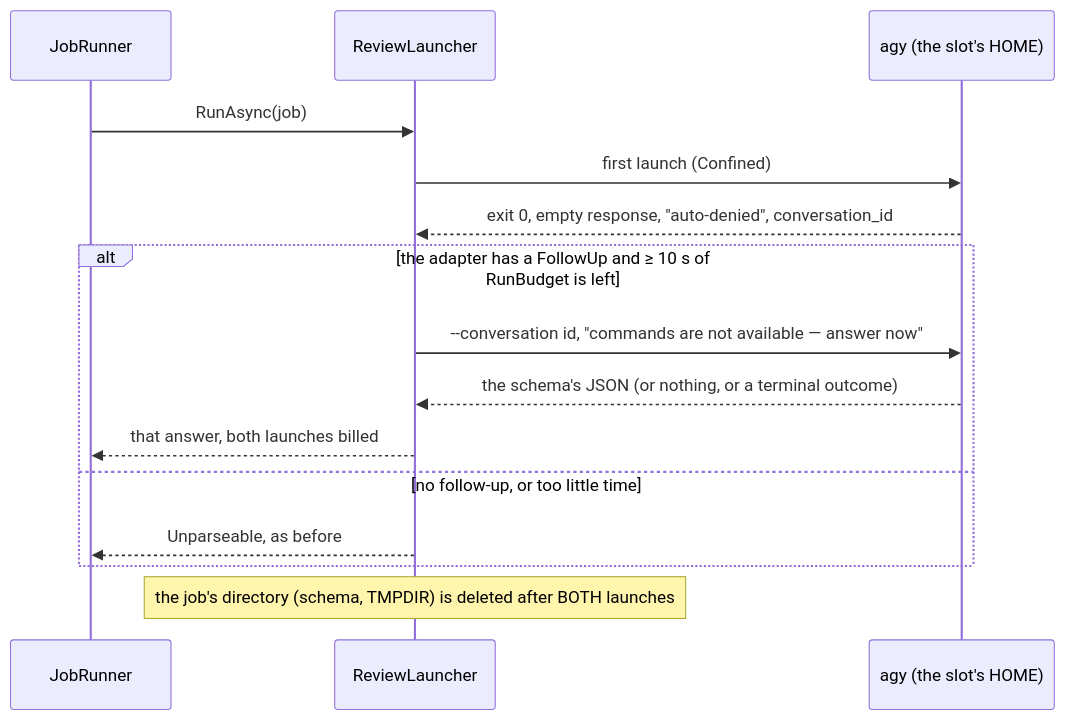
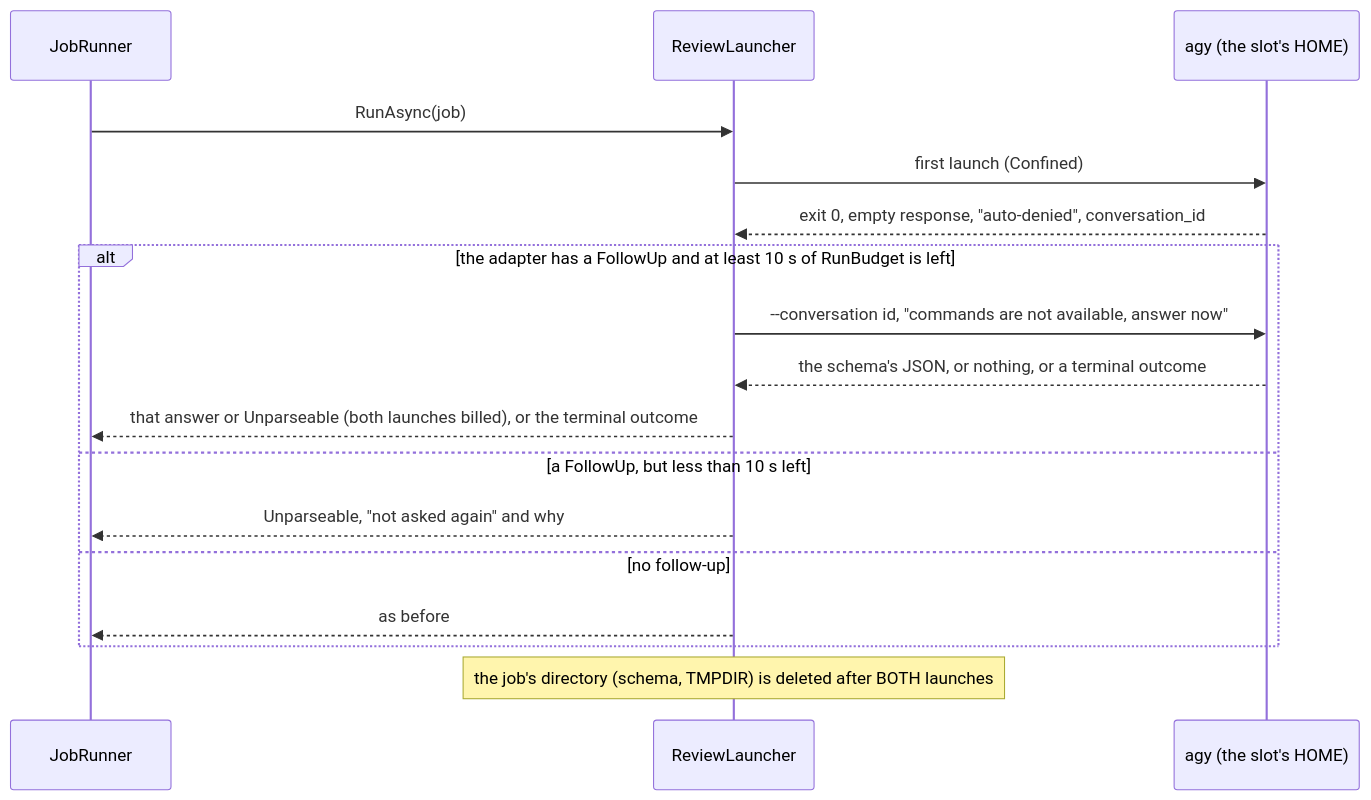
The third of 3 diagrams in research/module_team_server.md (oleksandrdubyna88/dew_flow_connect_other_ais), drawn with Mermaid before and after one commit. The commit also changed other lines of this file and 3 other files, not shown here.

First line of the commit message:
fix(server): the follow-up reads "nothing" once, and says when it did not run (#515, code round)

````diff
--- a/research/module_team_server.md
+++ b/research/module_team_server.md
@@ -495,17 +497,19 @@
-  ```mermaid
-  sequenceDiagram
-    participant R as JobRunner
-    participant L as ReviewLauncher
-    participant V as agy (the slot's HOME)
-    R->>L: RunAsync(job)
-    L->>V: first launch (Confined)
-    V-->>L: exit 0, empty response, "auto-denied", conversation_id
-    alt the adapter has a FollowUp and ≥ 10 s of RunBudget is left
-      L->>V: --conversation id, "commands are not available — answer now"
-      V-->>L: the schema's JSON (or nothing, or a terminal outcome)
-      L-->>R: that answer, both launches billed
-    else no follow-up, or too little time
-      L-->>R: Unparseable, as before
-    end
-    Note over L: the job's directory (schema, TMPDIR) is deleted after BOTH launches
-  ```
+```mermaid
+sequenceDiagram
+  participant R as JobRunner
+  participant L as ReviewLauncher
+  participant V as agy (the slot's HOME)
+  R->>L: RunAsync(job)
+  L->>V: first launch (Confined)
+  V-->>L: exit 0, empty response, "auto-denied", conversation_id
+  alt the adapter has a FollowUp and at least 10 s of RunBudget is left
+    L->>V: --conversation id, "commands are not available, answer now"
+    V-->>L: the schema's JSON, or nothing, or a terminal outcome
+    L-->>R: that answer or Unparseable (both launches billed), or the terminal outcome
+  else a FollowUp, but less than 10 s left
+    L-->>R: Unparseable, "not asked again" and why
+  else no follow-up
+    L-->>R: as before
+  end
+  Note over L: the job's directory (schema, TMPDIR) is deleted after BOTH launches
+```
````
